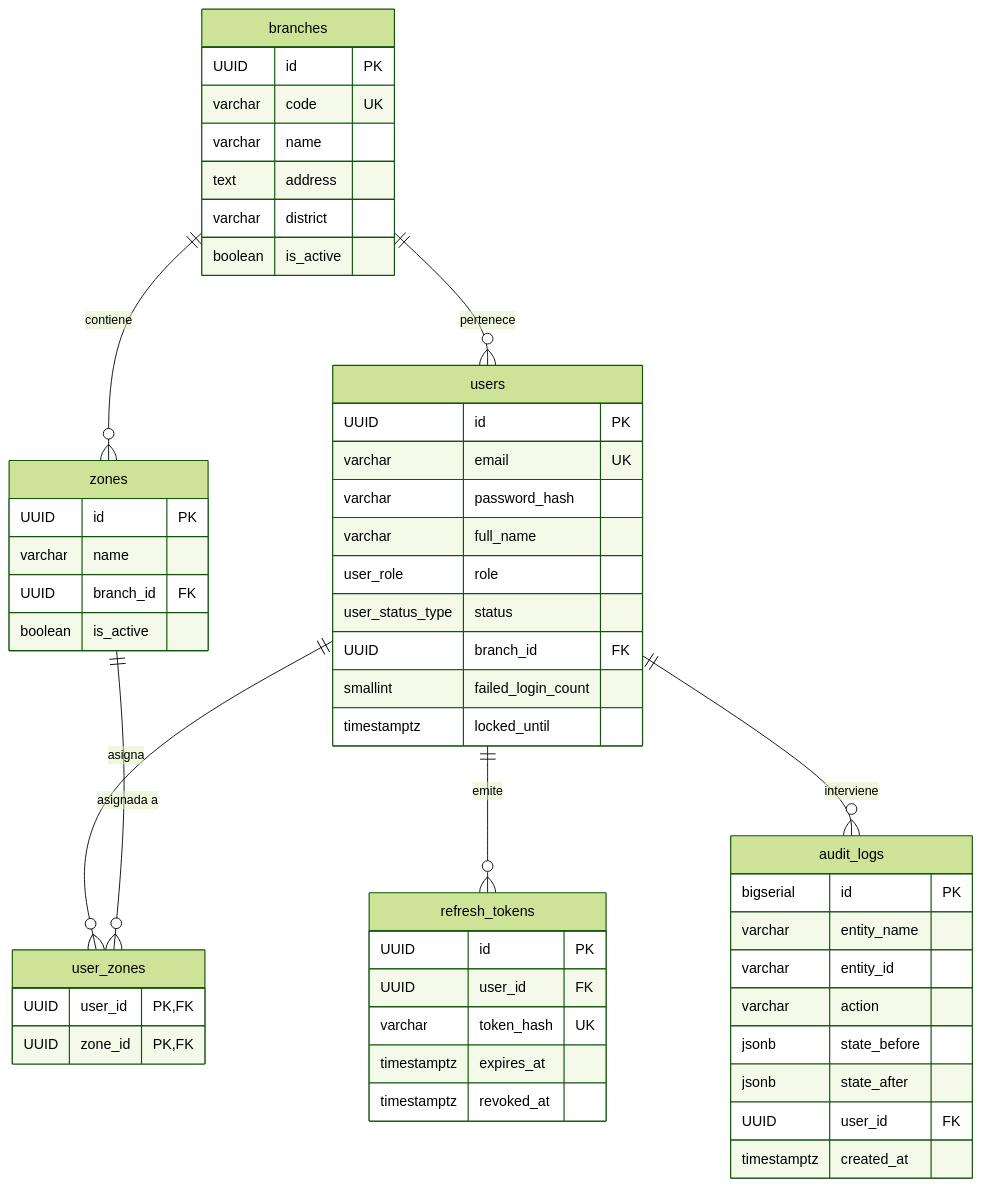
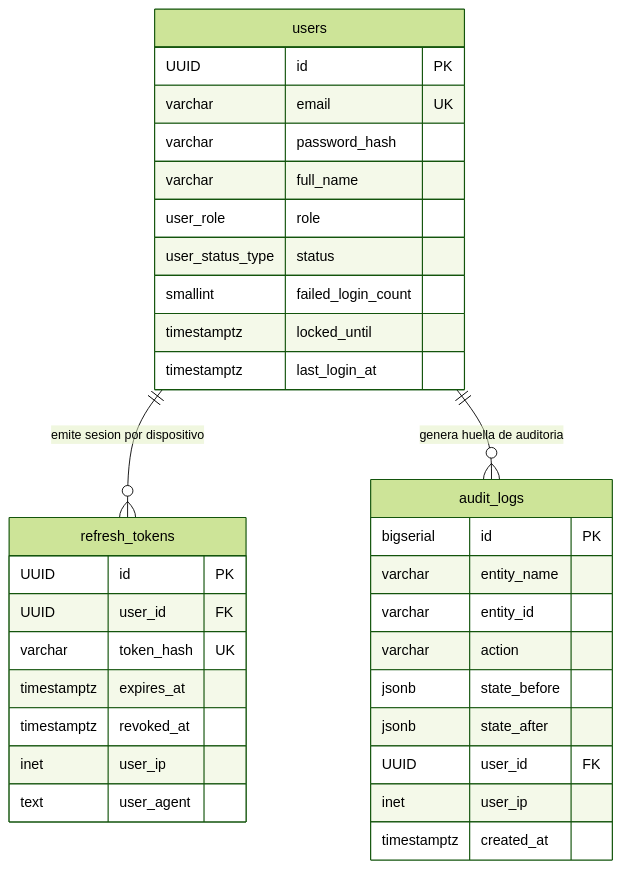
Before and after one commit to YonatanLLa/-loan_system: the second of 7 diagrams in database/docs/diagrama-entidad-relacion.md, drawn with Mermaid (forest theme). The commit also changed other lines of this file and 38 other files, not shown here.

````diff
--- a/database/docs/diagrama-entidad-relacion.md
+++ b/database/docs/diagrama-entidad-relacion.md
@@ -66,56 +72,37 @@
 ```mermaid
 erDiagram
-    branches {
-        UUID id PK
-        varchar code UK
-        varchar name
-        text address
-        varchar district
-        boolean is_active
-    }
-    zones {
-        UUID id PK
-        varchar name
-        UUID branch_id FK
-        boolean is_active
-    }
     users {
         UUID id PK
         varchar email UK
         varchar password_hash
         varchar full_name
         user_role role
         user_status_type status
-        UUID branch_id FK
         smallint failed_login_count
         timestamptz locked_until
-    }
-    user_zones {
-        UUID user_id PK,FK
-        UUID zone_id PK,FK
+        timestamptz last_login_at
     }
     refresh_tokens {
         UUID id PK
         UUID user_id FK
         varchar token_hash UK
         timestamptz expires_at
         timestamptz revoked_at
+        inet user_ip
+        text user_agent
     }
     audit_logs {
         bigserial id PK
         varchar entity_name
         varchar entity_id
         varchar action
         jsonb state_before
         jsonb state_after
         UUID user_id FK
+        inet user_ip
         timestamptz created_at
     }
 
-    branches ||--o{ users : "pertenece"
-    branches ||--o{ zones : "contiene"
-    users ||--o{ user_zones : "asigna"
-    zones ||--o{ user_zones : "asignada a"
-    users ||--o{ refresh_tokens : "emite"
-    users ||--o{ audit_logs : "interviene"
+    users ||--o{ refresh_tokens : "emite sesion por dispositivo"
+    users ||--o{ audit_logs : "genera huella de auditoria"
 ```
````
